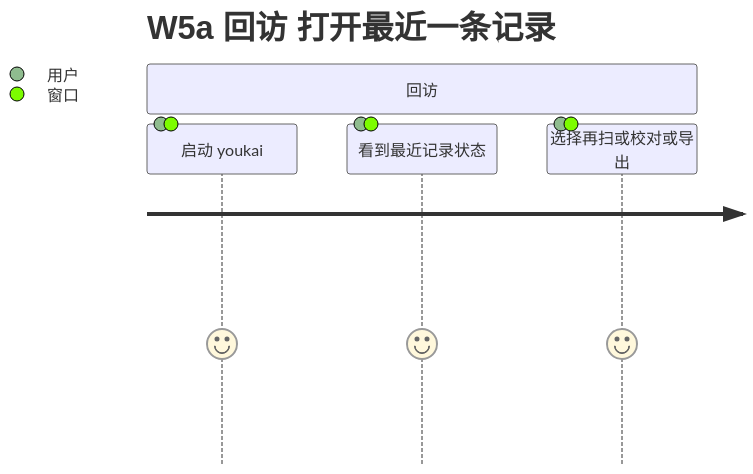
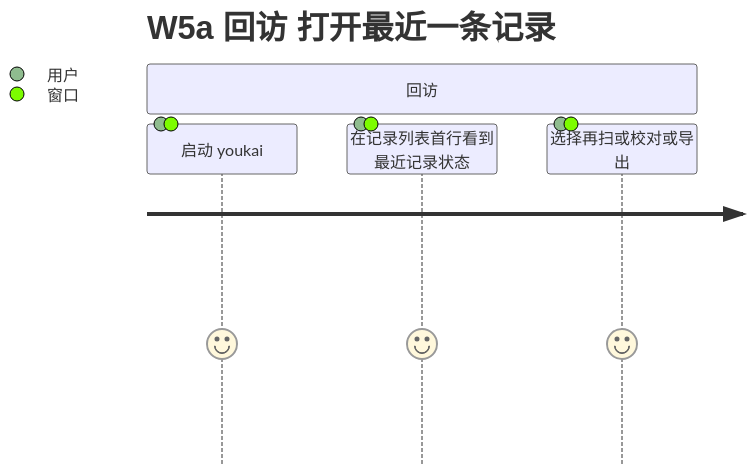
Before and after one commit to LoTwT/youkai: the second of 11 diagrams in docs/design/uiux-2026-11/03-journeys-windows.md, drawn with Mermaid. The commit also changed other lines of this file and 16 other files, not shown here.

````diff
--- a/docs/design/uiux-2026-11/03-journeys-windows.md
+++ b/docs/design/uiux-2026-11/03-journeys-windows.md
@@ -65,8 +67,8 @@
 ```mermaid
 journey
   title W5a 回访 打开最近一条记录
   section 回访
     启动 youkai: 4: 用户, 窗口
-    看到最近记录状态: 4: 用户, 窗口
+    在记录列表首行看到最近记录状态: 4: 用户, 窗口
     选择再扫或校对或导出: 4: 用户, 窗口
 ```
````
